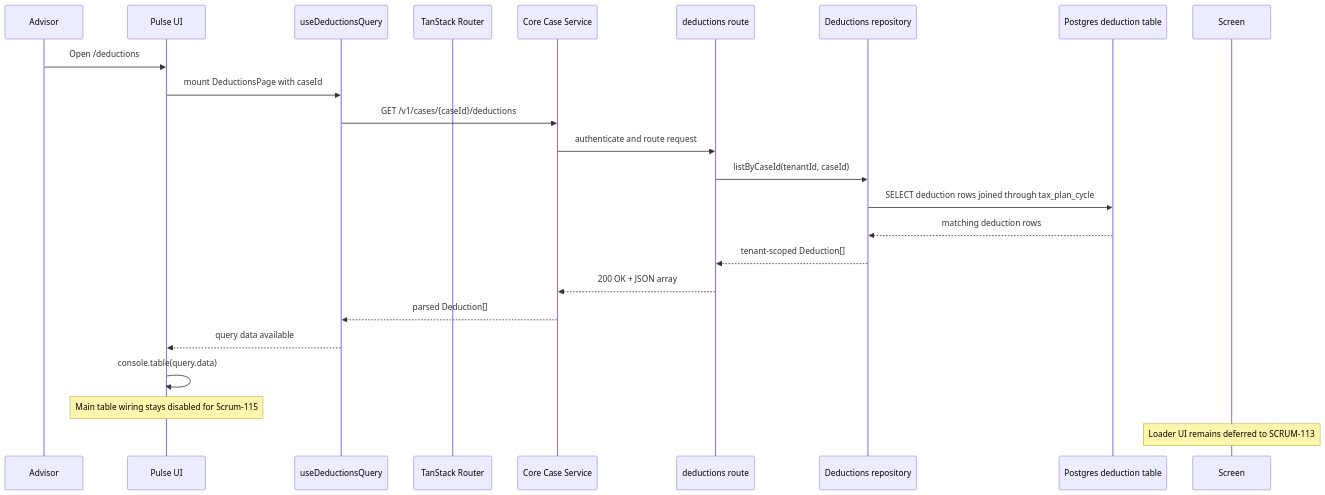
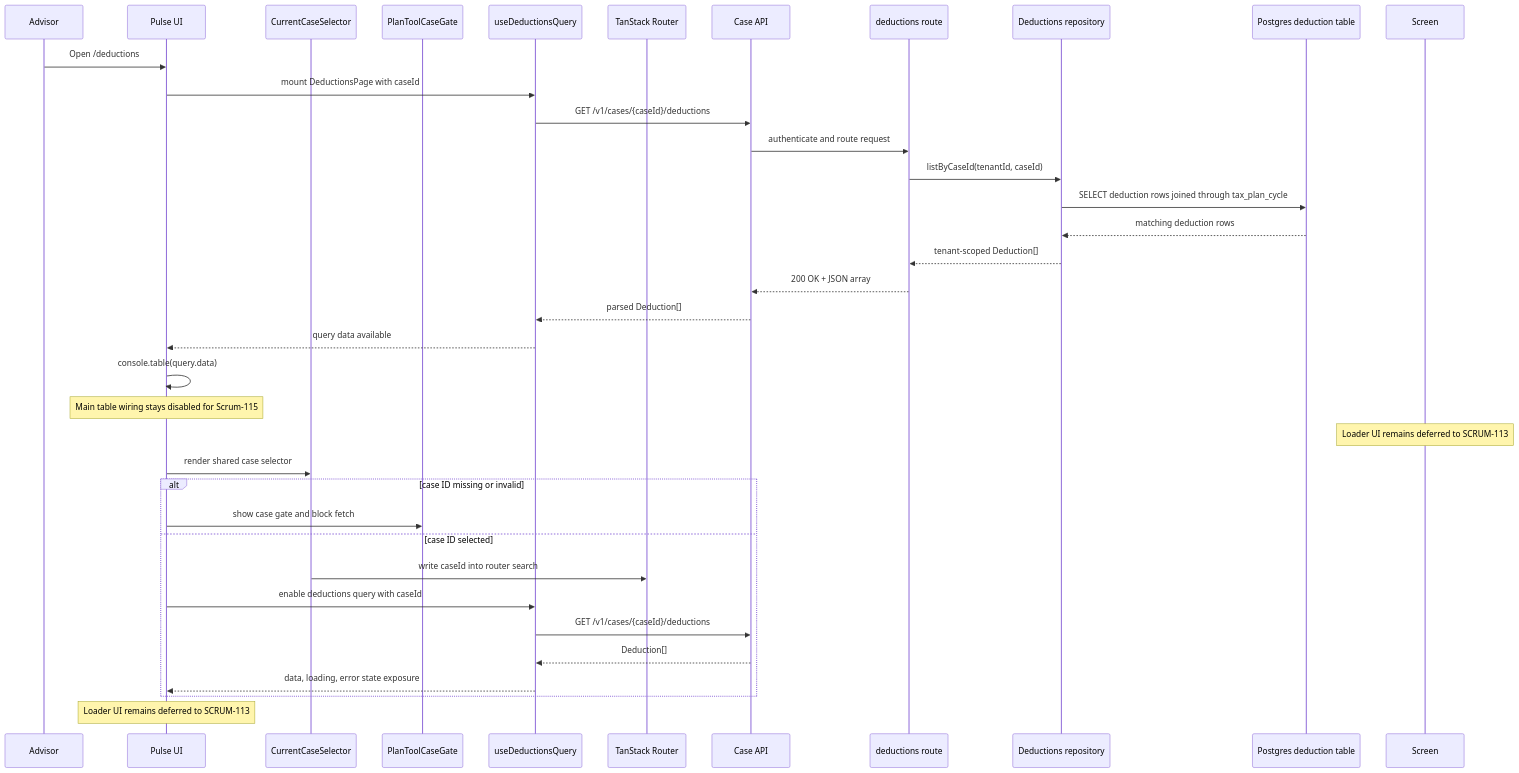
The seventh of 8 diagrams in planning/team/cl-ticket-journal.md (Topher05/tax-pulse-project-1), drawn with Mermaid before and after one commit. The commit also changed other lines of this file and 3 other files, not shown here.

````diff
--- a/planning/team/cl-ticket-journal.md
+++ b/planning/team/cl-ticket-journal.md
@@ -895,26 +900,40 @@
 ```mermaid
 sequenceDiagram
     participant Advisor
     participant UI as Pulse UI
+    participant Selector as CurrentCaseSelector
+    participant Gate as PlanToolCaseGate
     participant Query as useDeductionsQuery
     participant Router as TanStack Router
     participant API as Core Case Service
     participant Route as deductions route
     participant Repo as Deductions repository
     participant DB as Postgres deduction table
+    participant API as Case API
 
     Advisor->>UI: Open /deductions
-    UI->>Query: mount DeductionsPage with caseId
+     UI->>Query: mount DeductionsPage with caseId
     Query->>API: GET /v1/cases/{caseId}/deductions
     API->>Route: authenticate and route request
     Route->>Repo: listByCaseId(tenantId, caseId)
     Repo->>DB: SELECT deduction rows joined through tax_plan_cycle
     DB-->>Repo: matching deduction rows
     Repo-->>Route: tenant-scoped Deduction[]
     Route-->>API: 200 OK + JSON array
     API-->>Query: parsed Deduction[]
     Query-->>UI: query data available
     UI->>UI: console.table(query.data)
     Note over UI: Main table wiring stays disabled for Scrum-115
     Note over Screen: Loader UI remains deferred to SCRUM-113
+    UI->>Selector: render shared case selector
+    alt case ID missing or invalid
+        UI->>Gate: show case gate and block fetch
+    else case ID selected
+        Selector->>Router: write caseId into router search
+        UI->>Query: enable deductions query with caseId
+        Query->>API: GET /v1/cases/{caseId}/deductions
+        API-->>Query: Deduction[]
+        Query-->>UI: data, loading, error state exposure
+    end
+    Note over UI: Loader UI remains deferred to SCRUM-113
 ```
````
